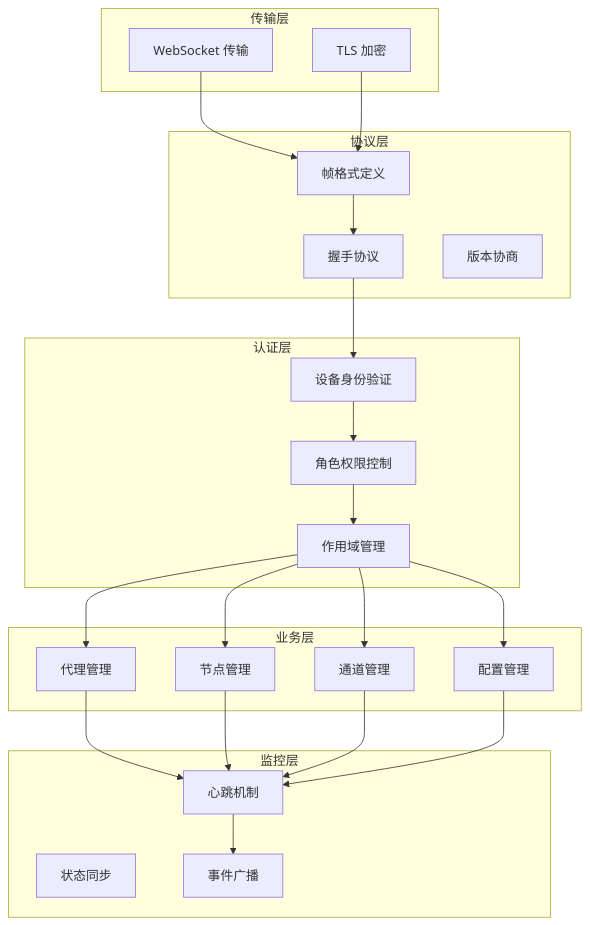
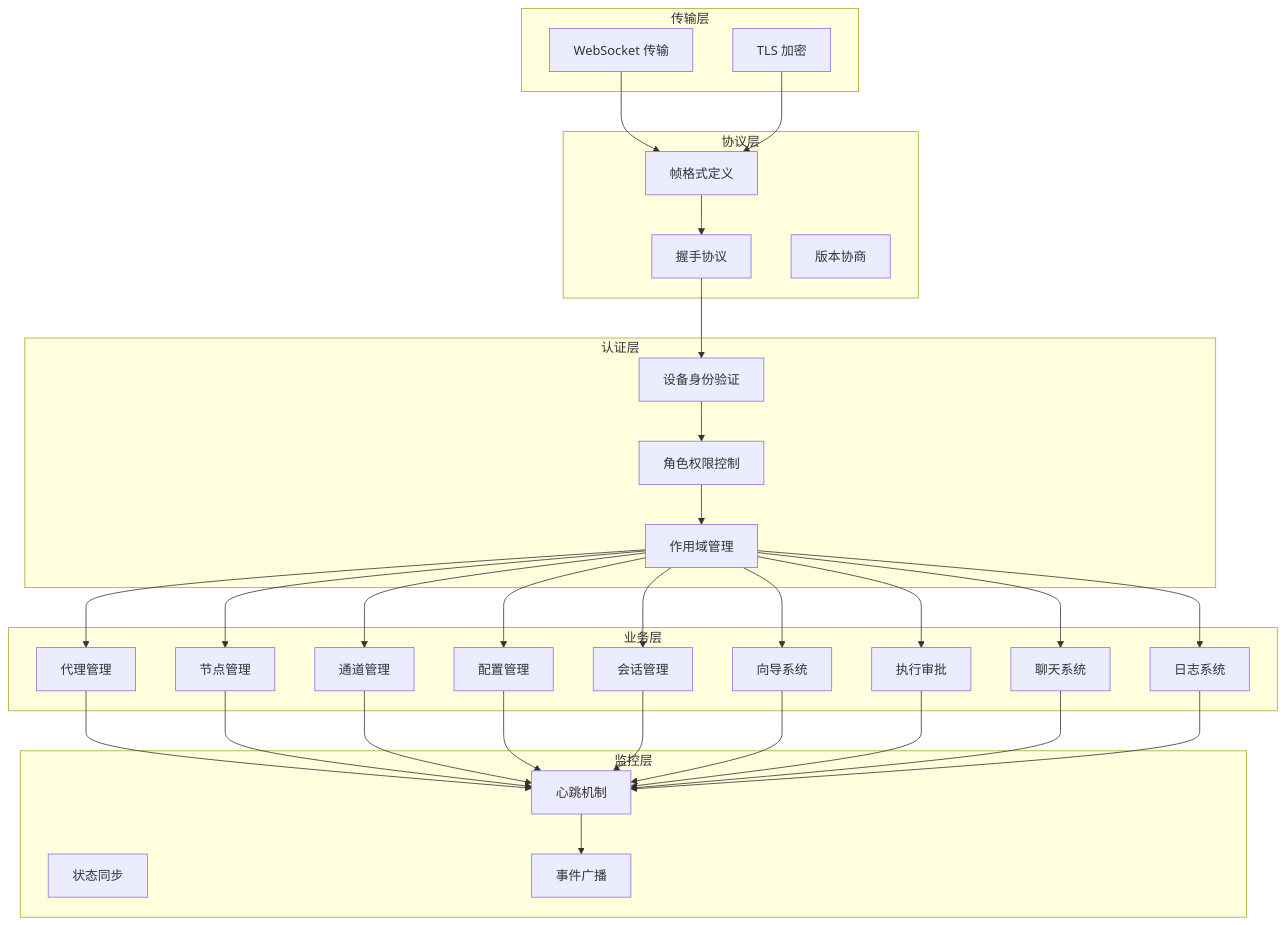
The fifth of 16 diagrams in .qoder/repowiki/zh/content/项目概述/技术架构概览/网关协议设计/网关协议增强.md (verse-ai-org/openclaw), drawn with Mermaid before and after one commit. The commit also changed other lines of this file and 11 other files, not shown here.

````diff
--- a/.qoder/repowiki/zh/content/项目概述/技术架构概览/网关协议设计/网关协议增强.md
+++ b/.qoder/repowiki/zh/content/项目概述/技术架构概览/网关协议设计/网关协议增强.md
@@ -169,43 +194,58 @@
 ```mermaid
 graph TB
 subgraph "传输层"
 A[WebSocket 传输]
 B[TLS 加密]
 end
 subgraph "协议层"
 C[帧格式定义]
 D[握手协议]
 E[版本协商]
 end
 subgraph "认证层"
 F[设备身份验证]
 G[角色权限控制]
 H[作用域管理]
 end
 subgraph "业务层"
 I[代理管理]
 J[节点管理]
 K[通道管理]
 L[配置管理]
+M[会话管理]
+N[向导系统]
+O[执行审批]
+P[聊天系统]
+Q[日志系统]
 end
 subgraph "监控层"
-M[心跳机制]
-N[状态同步]
-O[事件广播]
+R[心跳机制]
+S[状态同步]
+T[事件广播]
 end
 A --> C
 B --> C
 C --> D
 D --> F
 F --> G
 G --> H
 H --> I
 H --> J
 H --> K
 H --> L
-I --> M
-J --> M
-K --> M
-L --> M
-M --> O
+H --> M
+H --> N
+H --> O
+H --> P
+H --> Q
+I --> R
+J --> R
+K --> R
+L --> R
+M --> R
+N --> R
+O --> R
+P --> R
+Q --> R
+R --> T
 ```
````
